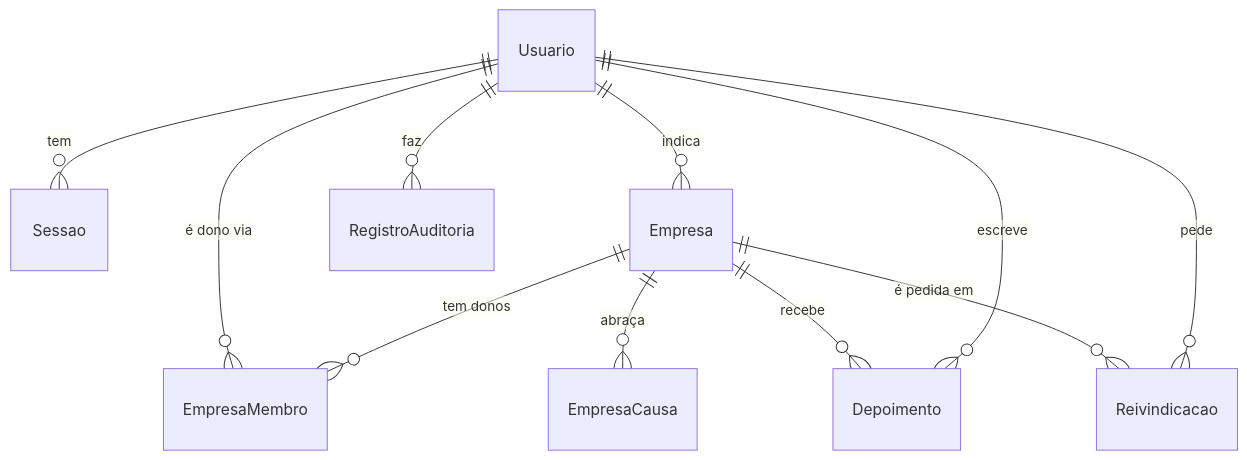
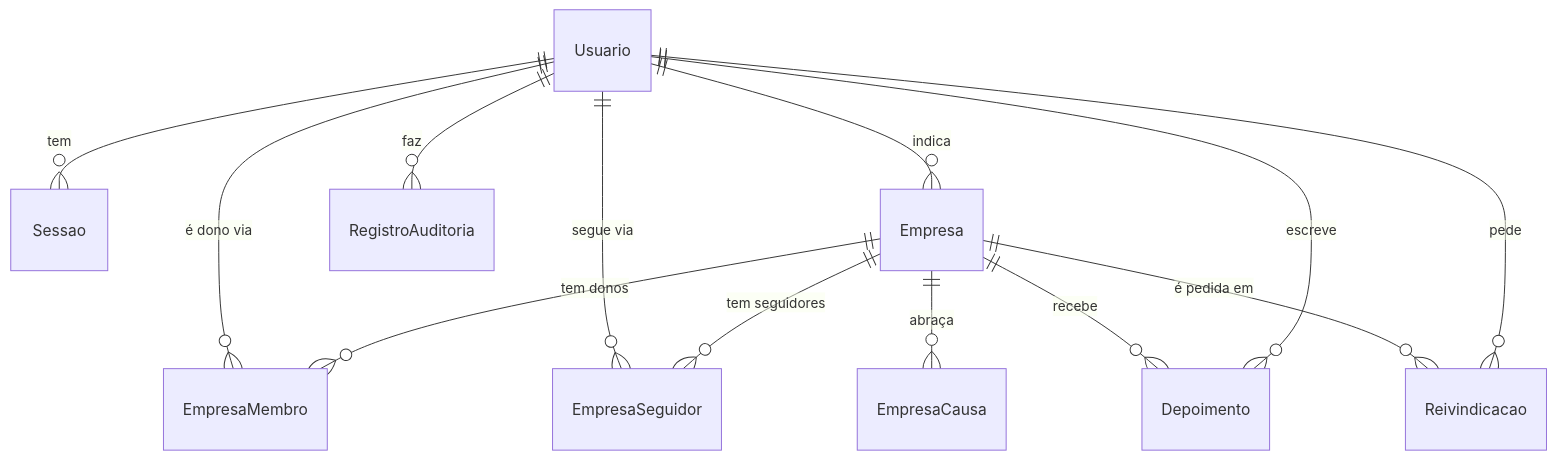
The second of 2 diagrams in docs/como-foi-feito.md (fabs-reis/Negocio-do-bem), drawn with Mermaid before and after one commit. The commit also changed other lines of this file and 18 other files, not shown here.

````diff
--- a/docs/como-foi-feito.md
+++ b/docs/como-foi-feito.md
@@ -586,13 +597,15 @@
 ```mermaid
 erDiagram
     Usuario ||--o{ Sessao : "tem"
     Usuario ||--o{ EmpresaMembro : "é dono via"
     Empresa ||--o{ EmpresaMembro : "tem donos"
+    Usuario ||--o{ EmpresaSeguidor : "segue via"
+    Empresa ||--o{ EmpresaSeguidor : "tem seguidores"
     Empresa ||--o{ EmpresaCausa : "abraça"
     Empresa ||--o{ Depoimento : "recebe"
     Empresa ||--o{ Reivindicacao : "é pedida em"
     Usuario ||--o{ Empresa : "indica"
     Usuario ||--o{ Depoimento : "escreve"
     Usuario ||--o{ Reivindicacao : "pede"
     Usuario ||--o{ RegistroAuditoria : "faz"
 ```
````
